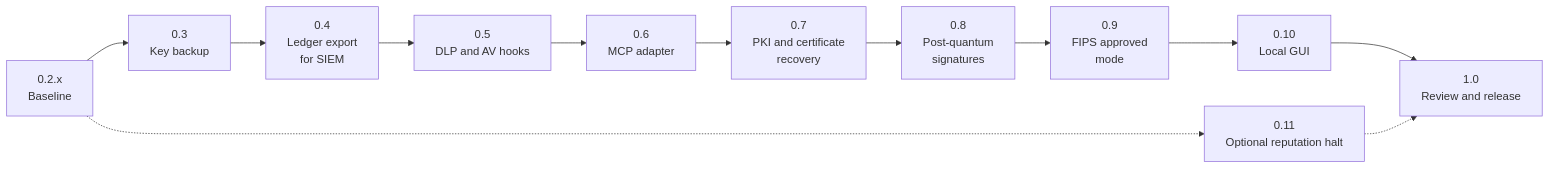
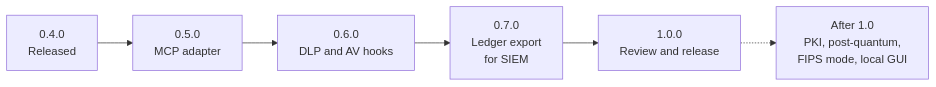
One commit to Insomniac-VibeLabs/two-key changed the diagram in ROADMAP.md. Above: the diagram before and after it, drawn with Mermaid. The commit also changed other lines of this file and 11 other files, not shown here.

First line of the commit message:
Docs: roadmap order (MCP, DLP/AV, SIEM, 1.0), README intro and MCP section

````diff
--- a/ROADMAP.md
+++ b/ROADMAP.md
@@ -17,14 +8,8 @@
 ```mermaid
 flowchart LR
-  p0["0.2.x<br/>Baseline"] --> p1["0.3<br/>Key backup"]
-  p1 --> p2["0.4<br/>Ledger export<br/>for SIEM"]
-  p2 --> p3["0.5<br/>DLP and AV hooks"]
-  p3 --> p4["0.6<br/>MCP adapter"]
-  p4 --> p5["0.7<br/>PKI and certificate<br/>recovery"]
-  p5 --> p6["0.8<br/>Post-quantum<br/>signatures"]
-  p6 --> p7["0.9<br/>FIPS approved<br/>mode"]
-  p7 --> p8["0.10<br/>Local GUI"]
-  p8 --> p9["1.0<br/>Review and release"]
-  p0 -.-> prep["0.11<br/>Optional reputation halt"]
-  prep -.-> p9
+  r04["0.4.0<br/>Released"] --> r05["0.5.0<br/>MCP adapter"]
+  r05 --> r06["0.6.0<br/>DLP and AV hooks"]
+  r06 --> r07["0.7.0<br/>Ledger export<br/>for SIEM"]
+  r07 --> r10["1.0.0<br/>Review and release"]
+  r10 -.-> after["After 1.0<br/>PKI, post-quantum,<br/>FIPS mode, local GUI"]
 ```
````
